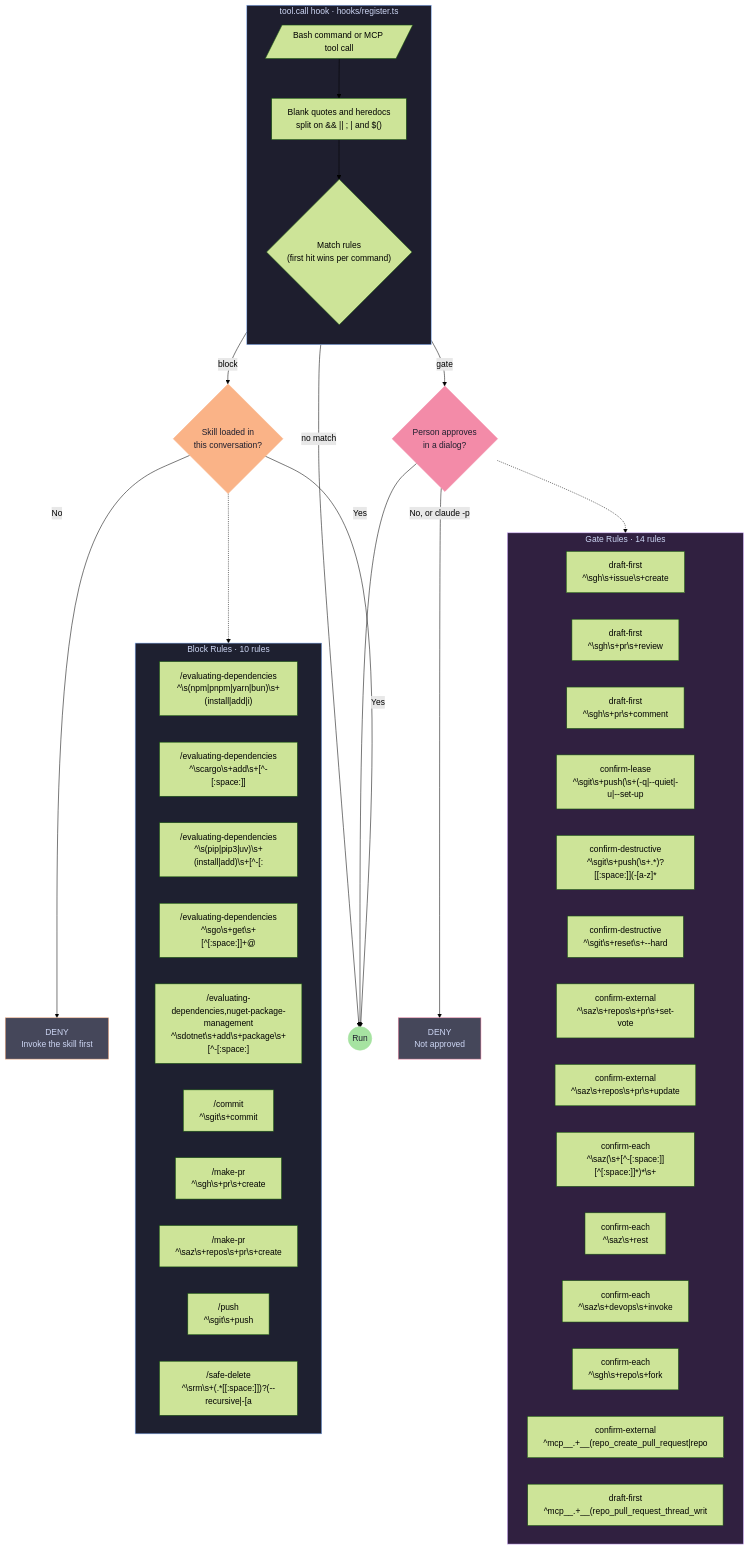
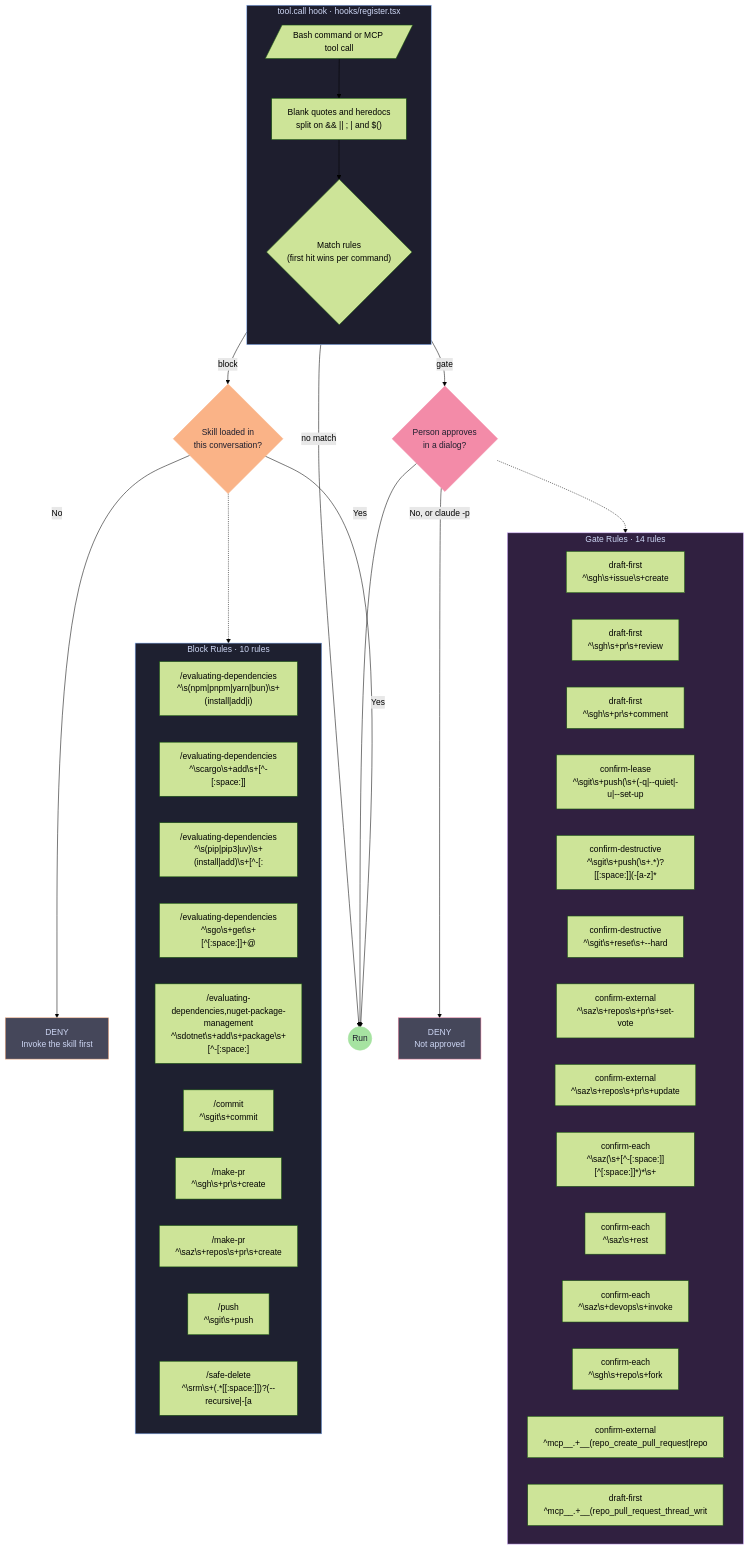
Before and after one commit to Saturate/agents: the diagram in plugins/skill-router/diagrams/hook-flow.mmd, drawn with Mermaid (forest theme). The commit also changed 8 other files, not shown here.

```diff
--- a/plugins/skill-router/diagrams/hook-flow.mmd
+++ b/plugins/skill-router/diagrams/hook-flow.mmd
@@ -1,67 +1,67 @@
 %% Auto-generated from advisor-rules.conf — do not edit by hand
 %% Regenerate: bash plugins/skill-router/scripts/generate-diagrams.sh
 flowchart TB
-    subgraph hook["tool.call hook · hooks/register.ts"]
+    subgraph hook["tool.call hook · hooks/register.tsx"]
         direction TB
         CMD[/"Bash command or MCP tool call"/]
         NORM["Blank quotes and heredocs\nsplit on && || ; | and $()"]
         MATCH{"Match rules\n(first hit wins per command)"}
 
         CMD --> NORM --> MATCH
     end
 
     LOADED{"Skill loaded in\nthis conversation?"}
     ASK{"Person approves\nin a dialog?"}
     DENY1["DENY\nInvoke the skill first"]
     DENY2["DENY\nNot approved"]
     PASS(("Run"))
 
     MATCH -->|"block"| LOADED
     MATCH -->|"gate"| ASK
     MATCH -->|"no match"| PASS
     LOADED -->|"Yes"| PASS
     LOADED -->|"No"| DENY1
     ASK -->|"Yes"| PASS
     ASK -->|"No, or claude -p"| DENY2
 
     subgraph gates["Gate Rules · 14 rules"]
         G1["draft-first\n^\sgh\s+issue\s+create"]
         G2["draft-first\n^\sgh\s+pr\s+review"]
         G3["draft-first\n^\sgh\s+pr\s+comment"]
         G4["confirm-lease\n^\sgit\s+push(\s+(-q|--quiet|-u|--set-up"]
         G5["confirm-destructive\n^\sgit\s+push(\s+.*)?[[:space:]](-[a-z]*"]
         G6["confirm-destructive\n^\sgit\s+reset\s+--hard"]
         G7["confirm-external\n^\saz\s+repos\s+pr\s+set-vote"]
         G8["confirm-external\n^\saz\s+repos\s+pr\s+update"]
         G9["confirm-each\n^\saz(\s+[^-[:space:]][^[:space:]]*)*\s+"]
         G10["confirm-each\n^\saz\s+rest"]
         G11["confirm-each\n^\saz\s+devops\s+invoke"]
         G12["confirm-each\n^\sgh\s+repo\s+fork"]
         G13["confirm-external\n^mcp__.+__(repo_create_pull_request|repo"]
         G14["draft-first\n^mcp__.+__(repo_pull_request_thread_writ"]
     end
 
     subgraph blocks["Block Rules · 10 rules"]
         B1["/evaluating-dependencies\n^\s(npm|pnpm|yarn|bun)\s+(install|add|i)"]
         B2["/evaluating-dependencies\n^\scargo\s+add\s+[^-[:space:]]"]
         B3["/evaluating-dependencies\n^\s(pip|pip3|uv)\s+(install|add)\s+[^-[:"]
         B4["/evaluating-dependencies\n^\sgo\s+get\s+[^[:space:]]+@"]
         B5["/evaluating-dependencies,nuget-package-management\n^\sdotnet\s+add\s+package\s+[^-[:space:]"]
         B6["/commit\n^\sgit\s+commit"]
         B7["/make-pr\n^\sgh\s+pr\s+create"]
         B8["/make-pr\n^\saz\s+repos\s+pr\s+create"]
         B9["/push\n^\sgit\s+push"]
         B10["/safe-delete\n^\srm\s+(.*[[:space:]])?(--recursive|-[a"]
     end
 
     ASK -.-> gates
     LOADED -.-> blocks
 
     style hook fill:#1e1e2e,stroke:#89b4fa,color:#cdd6f4
     style ASK fill:#f38ba8,stroke:#f38ba8,color:#1e1e2e
     style LOADED fill:#fab387,stroke:#fab387,color:#1e1e2e
     style DENY1 fill:#45475a,stroke:#fab387,color:#cdd6f4
     style DENY2 fill:#45475a,stroke:#f38ba8,color:#cdd6f4
     style PASS fill:#a6e3a1,stroke:#a6e3a1,color:#1e1e2e
     style gates fill:#302040,stroke:#cba6f7,color:#cdd6f4
     style blocks fill:#1e2030,stroke:#89b4fa,color:#cdd6f4
```
